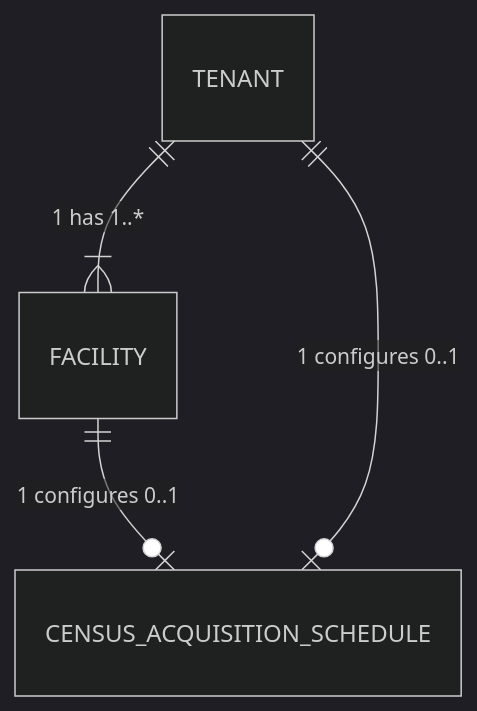
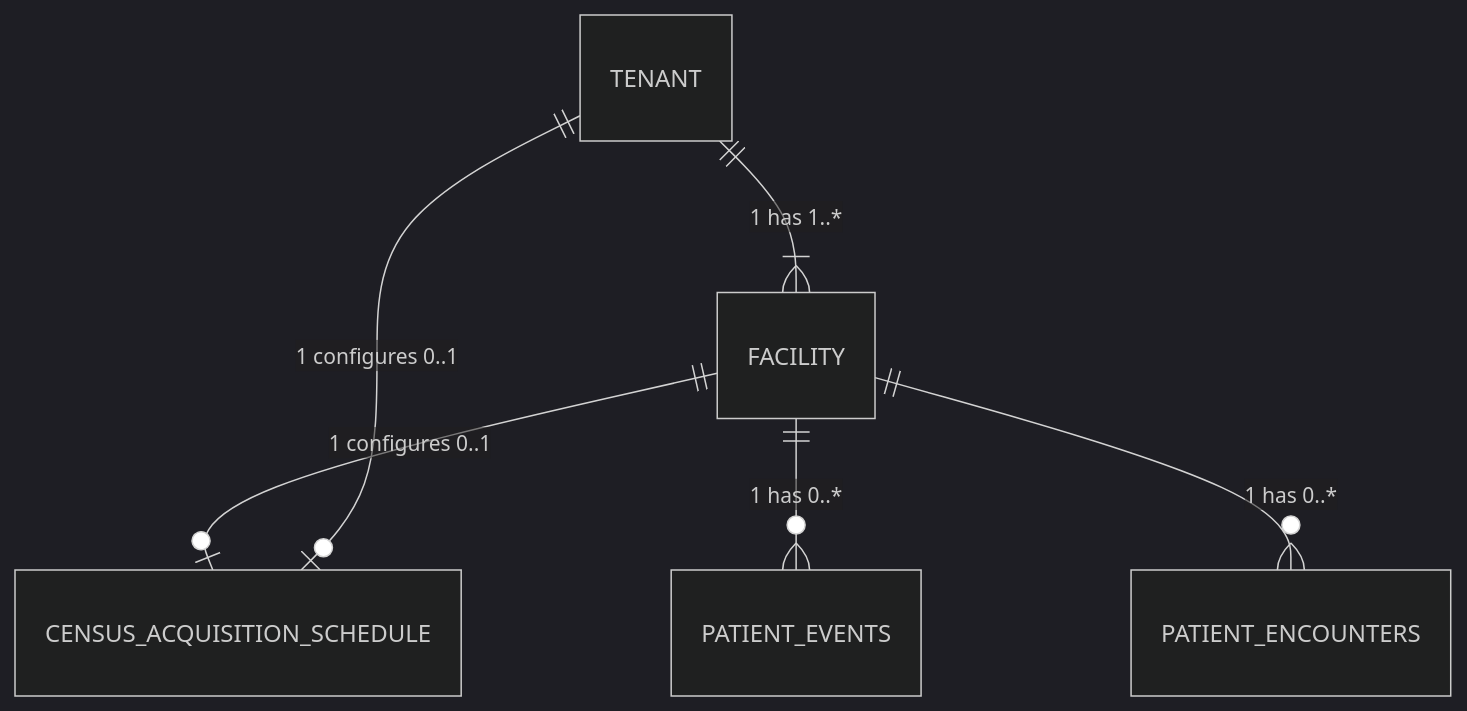
Before and after one commit to lantanagroup/link-cloud: the fourth of 9 diagrams in docs/docs/proposals/tenant-multi-facility-proposal.mdx, drawn with Mermaid (dark theme). The commit also changed other lines of this file, not shown here.

````diff
--- a/docs/docs/proposals/tenant-multi-facility-proposal.mdx
+++ b/docs/docs/proposals/tenant-multi-facility-proposal.mdx
@@ -183,8 +181,10 @@
 ```mermaid
 
 erDiagram
 	TENANT||--|{FACILITY:"1 has 1..*"
 	FACILITY||--o|CENSUS_ACQUISITION_SCHEDULE:"1 configures 0..1"
 	TENANT||--o|CENSUS_ACQUISITION_SCHEDULE:"1 configures 0..1"
+	FACILITY||--O{PATIENT_EVENTS:"1 has 0..*"
+	FACILITY||--O{PATIENT_ENCOUNTERS:"1 has 0..*"
 
 ```
````
